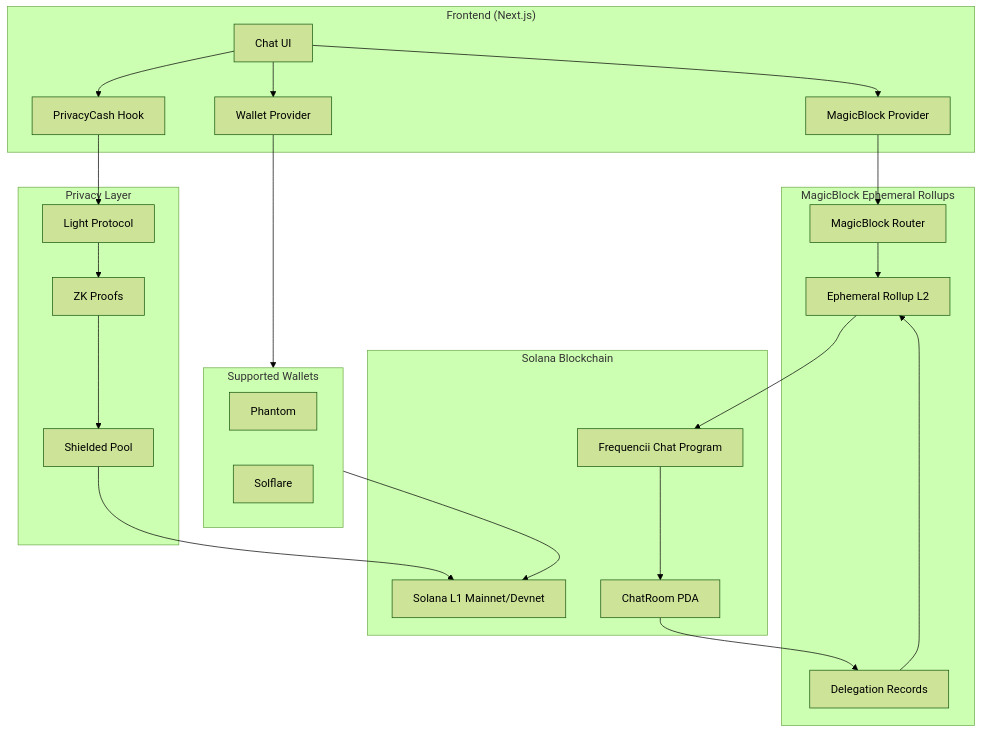
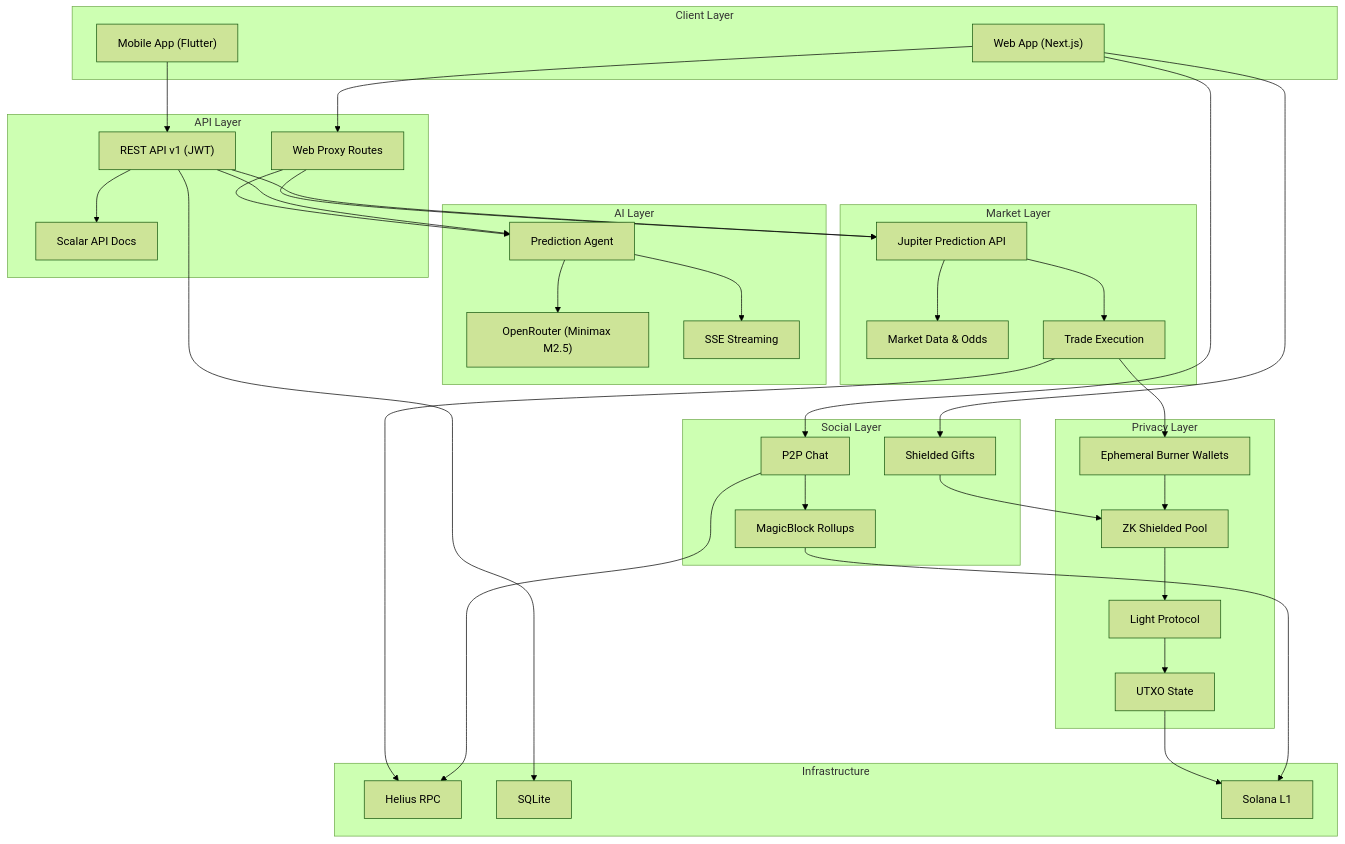
Before and after one commit to bri-anadi/frequencii: the first of 12 diagrams in ARCHITECTURE.md, drawn with Mermaid (forest theme). The commit also changed other lines of this file and 1 other file, not shown here.

First line of the commit message:
docs: refocus narrative on private AI prediction agent

````diff
--- a/ARCHITECTURE.md
+++ b/ARCHITECTURE.md
@@ -16,51 +15,75 @@
 ```mermaid
 flowchart TB
-    subgraph Client["Frontend (Next.js)"]
-        UI[Chat UI]
-        WP[Wallet Provider]
-        MB[MagicBlock Provider]
-        PC[PrivacyCash Hook]
+    subgraph Client["Client Layer"]
+        Web["Web App (Next.js)"]
+        Mobile["Mobile App (Flutter)"]
     end
 
-    subgraph Wallets["Supported Wallets"]
-        Phantom
-        Solflare
+    subgraph API["API Layer"]
+        WebProxy["Web Proxy Routes"]
+        V1["REST API v1 (JWT)"]
+        Docs["Scalar API Docs"]
     end
 
-    subgraph Blockchain["Solana Blockchain"]
-        L1[Solana L1 Mainnet/Devnet]
-        Program[Frequencii Chat Program]
-        ChatRoom[ChatRoom PDA]
+    subgraph Intelligence["AI Layer"]
+        Agent["Prediction Agent"]
+        LLM["OpenRouter (Minimax M2.5)"]
+        Stream["SSE Streaming"]
     end
 
-    subgraph MagicBlock["MagicBlock Ephemeral Rollups"]
-        Router[MagicBlock Router]
-        Rollup[Ephemeral Rollup L2]
-        Delegation[Delegation Records]
+    subgraph Markets["Market Layer"]
+        Jupiter["Jupiter Prediction API"]
+        MarketData["Market Data & Odds"]
+        Trading["Trade Execution"]
     end
 
     subgraph Privacy["Privacy Layer"]
-        LightProtocol[Light Protocol]
-        ZKProof[ZK Proofs]
-        ShieldedPool[Shielded Pool]
+        ZKPool["ZK Shielded Pool"]
+        Light["Light Protocol"]
+        Burner["Ephemeral Burner Wallets"]
+        UTXO["UTXO State"]
     end
 
-    UI --> WP
-    WP --> Wallets
-    Wallets --> L1
+    subgraph Social["Social Layer"]
+        Chat["P2P Chat"]
+        MagicBlock["MagicBlock Rollups"]
+        Gifts["Shielded Gifts"]
+    end
 
-    UI --> MB
-    MB --> Router
-    Router --> Rollup
-    Rollup --> Program
+    subgraph Infra["Infrastructure"]
+        Helius["Helius RPC"]
+        SQLite["SQLite"]
+        Solana["Solana L1"]
+    end
 
-    UI --> PC
-    PC --> LightProtocol
-    LightProtocol --> ZKProof
-    ZKProof --> ShieldedPool
-    ShieldedPool --> L1
+    Web --> WebProxy
+    Mobile --> V1
+    V1 --> Docs
 
-    Program --> ChatRoom
-    ChatRoom --> Delegation
-    Delegation --> Rollup
+    WebProxy --> Agent
+    V1 --> Agent
+    Agent --> LLM
+    Agent --> Stream
+
+    WebProxy --> Jupiter
+    V1 --> Jupiter
+    Jupiter --> MarketData
+    Jupiter --> Trading
+
+    Trading --> Burner
+    Burner --> ZKPool
+    ZKPool --> Light
+    Light --> UTXO
+    UTXO --> Solana
+
+    Web --> Chat
+    Chat --> MagicBlock
+    MagicBlock --> Solana
+
+    Web --> Gifts
+    Gifts --> ZKPool
+
+    V1 --> SQLite
+    Trading --> Helius
+    Chat --> Helius
 ```
````
